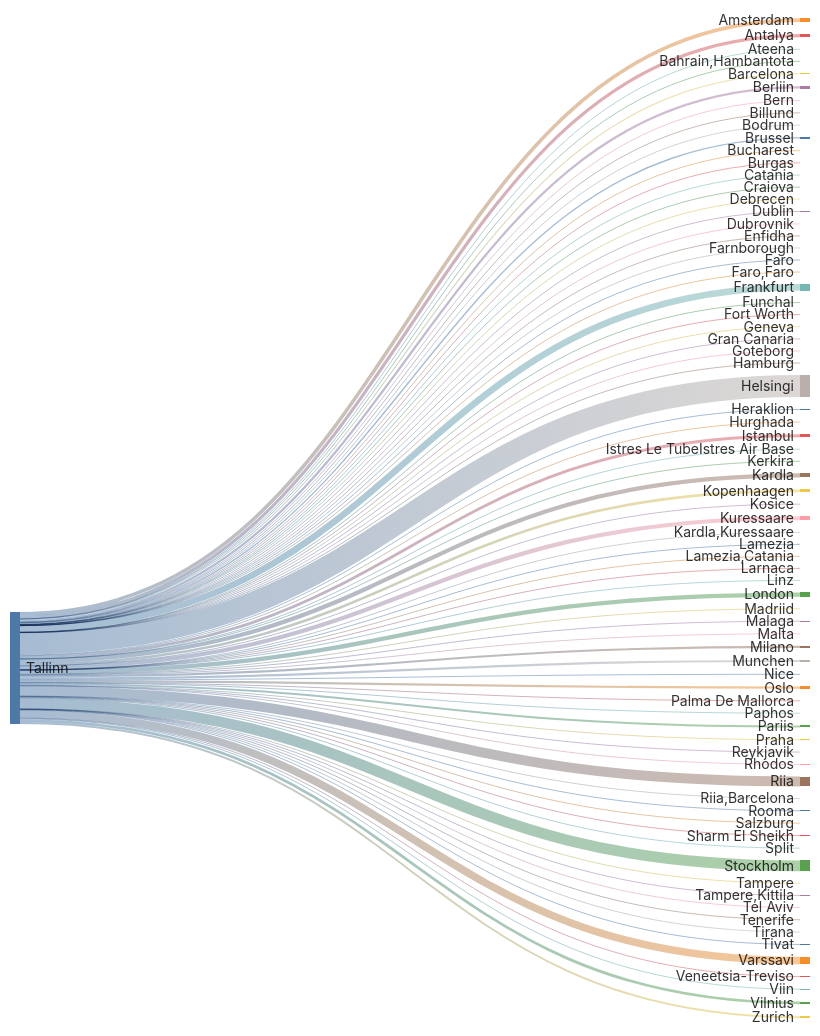
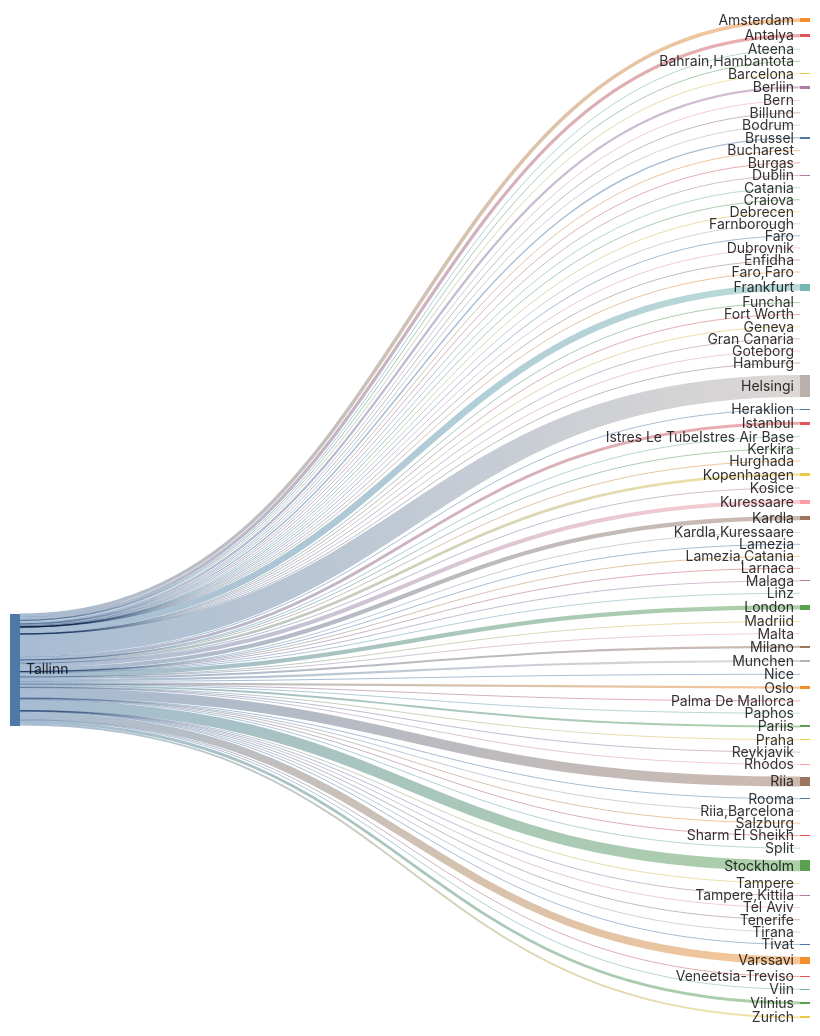
Before and after one commit to rainermesi/tll-airport-departures: the second of 2 diagrams in README.md, drawn with Mermaid. The commit also changed other lines of this file and 1 other file, not shown here.

````diff
--- a/README.md
+++ b/README.md
@@ -41,81 +41,81 @@
 ---
 sankey-beta
 %% source,target,value
-Tallinn,Amsterdam,467
+Tallinn,Amsterdam,469
 Tallinn,Antalya,426
 Tallinn,Ateena,16
 Tallinn,"Bahrain,Hambantota",1
 Tallinn,Barcelona,131
-Tallinn,Berliin,296
+Tallinn,Berliin,298
 Tallinn,Bern,1
 Tallinn,Billund,75
 Tallinn,Bodrum,11
-Tallinn,Brussel,182
+Tallinn,Brussel,183
 Tallinn,Bucharest,1
 Tallinn,Burgas,56
 Tallinn,Catania,2
 Tallinn,Craiova,1
 Tallinn,Debrecen,1
-Tallinn,Dublin,92
+Tallinn,Dublin,93
 Tallinn,Dubrovnik,21
 Tallinn,Enfidha,7
 Tallinn,Farnborough,1
 Tallinn,Faro,4
 Tallinn,"Faro,Faro",1
 Tallinn,Fort Worth,1
-Tallinn,Frankfurt,855
+Tallinn,Frankfurt,858
 Tallinn,Funchal,5
 Tallinn,Geneva,13
 Tallinn,Gran Canaria,38
 Tallinn,Goteborg,2
 Tallinn,Hamburg,2
-Tallinn,Helsingi,2884
-Tallinn,Heraklion,95
+Tallinn,Helsingi,2893
+Tallinn,Heraklion,96
 Tallinn,Hurghada,75
-Tallinn,Istanbul,376
+Tallinn,Istanbul,377
 Tallinn,Istres Le TubeIstres Air Base,2
 Tallinn,Kerkira,4
-Tallinn,Kopenhaagen,345
+Tallinn,Kopenhaagen,348
 Tallinn,Kosice,1
-Tallinn,Kuressaare,547
-Tallinn,Kardla,549
+Tallinn,Kuressaare,548
+Tallinn,Kardla,550
 Tallinn,"Kardla,Kuressaare",1
 Tallinn,Lamezia,1
 Tallinn,"Lamezia,Catania",3
 Tallinn,Larnaca,4
 Tallinn,Linz,2
-Tallinn,London,565
+Tallinn,London,567
 Tallinn,Madriid,3
 Tallinn,Malaga,116
 Tallinn,Malta,28
-Tallinn,Milano,269
-Tallinn,Munchen,290
-Tallinn,Nice,49
-Tallinn,Oslo,292
+Tallinn,Milano,270
+Tallinn,Munchen,292
+Tallinn,Nice,50
+Tallinn,Oslo,294
 Tallinn,Palma De Mallorca,32
 Tallinn,Paphos,66
-Tallinn,Pariis,249
-Tallinn,Praha,82
+Tallinn,Pariis,250
+Tallinn,Praha,83
 Tallinn,Reykjavik,18
 Tallinn,Rhodos,57
-Tallinn,Riia,1296
+Tallinn,Riia,1300
 Tallinn,"Riia,Barcelona",1
 Tallinn,Rooma,80
 Tallinn,Salzburg,14
 Tallinn,Sharm El Sheikh,102
-Tallinn,Split,50
-Tallinn,Stockholm,1419
+Tallinn,Split,51
+Tallinn,Stockholm,1425
 Tallinn,Tampere,17
 Tallinn,"Tampere,Kittila",21
 Tallinn,Tel Aviv,2
 Tallinn,Tenerife,58
 Tallinn,Tirana,31
-Tallinn,Tivat,62
-Tallinn,Varssavi,995
+Tallinn,Tivat,63
+Tallinn,Varssavi,999
 Tallinn,Veneetsia-Treviso,67
 Tallinn,Viin,106
-Tallinn,Vilnius,359
-Tallinn,Zurich,255
+Tallinn,Vilnius,360
+Tallinn,Zurich,256
 
 
 ```
````
